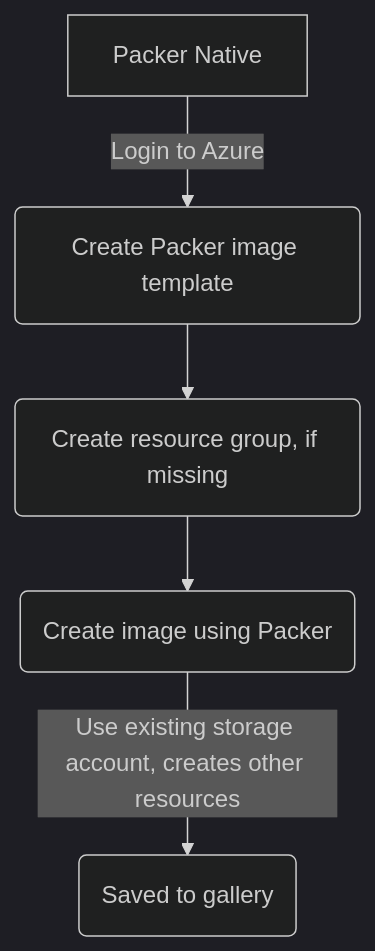
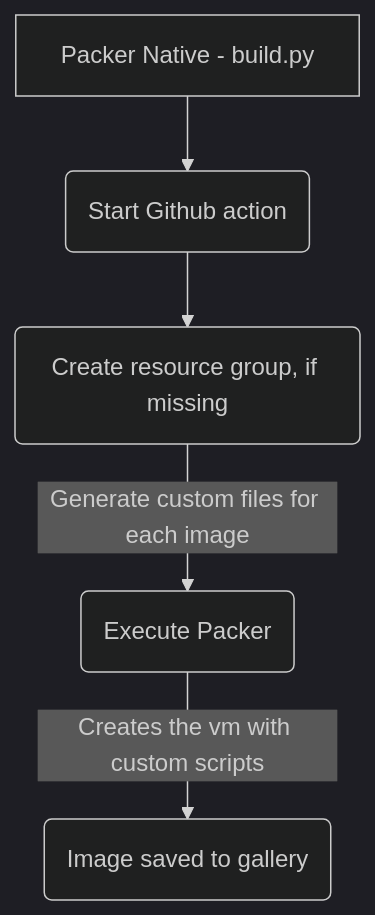
One commit to Azure/dev-box-images changed the third of 4 diagrams in README.md. Above: the diagram before and after it, drawn with Mermaid (dark theme). The commit also changed other lines of this file and 3 other files, not shown here.

````diff
--- a/README.md
+++ b/README.md
@@ -144,7 +144,7 @@
 ```mermaid
 graph TD
-    A[Packer Native] --> |Login to Azure| B(Create Packer image template)
+    A[Packer Native - build.py ] --> B(Start Github action)
     B --> C(Create resource group, if missing)
-    C --> D(Create image using Packer)    
-    D --> |Use existing storage account, creates other resources|E(Saved to gallery)
+    C --> |Generate custom files for each image| D(Execute Packer)
+    D --> |Creates the vm with custom scripts |E(Image saved to gallery)
 ```
````
